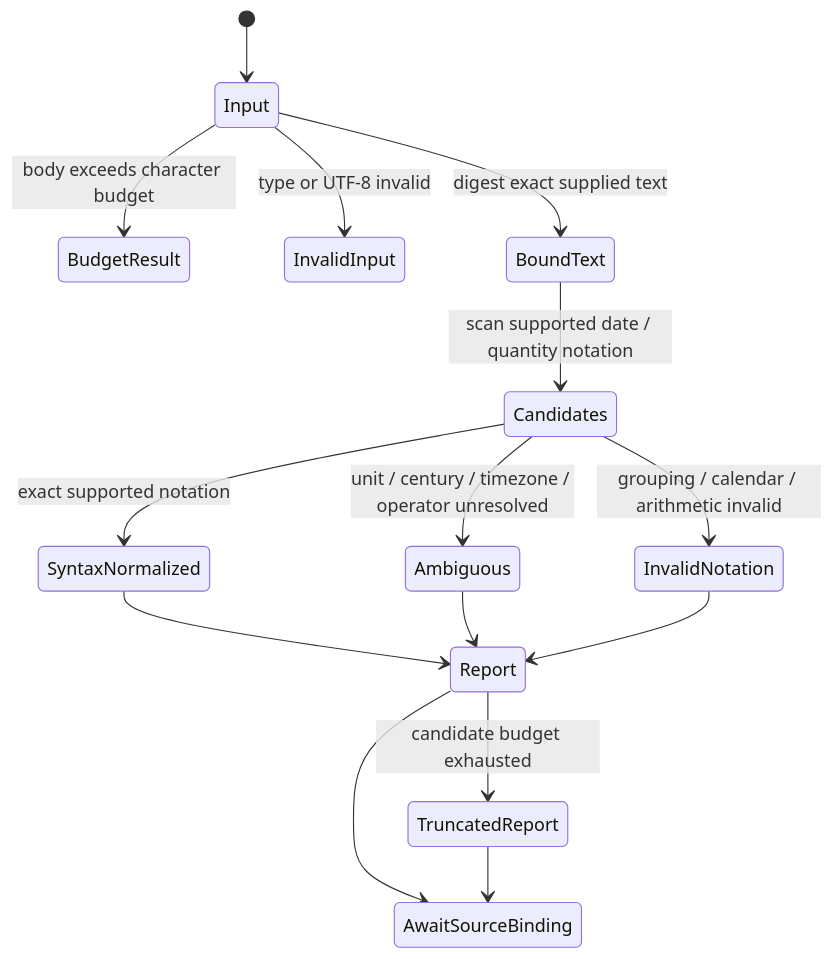
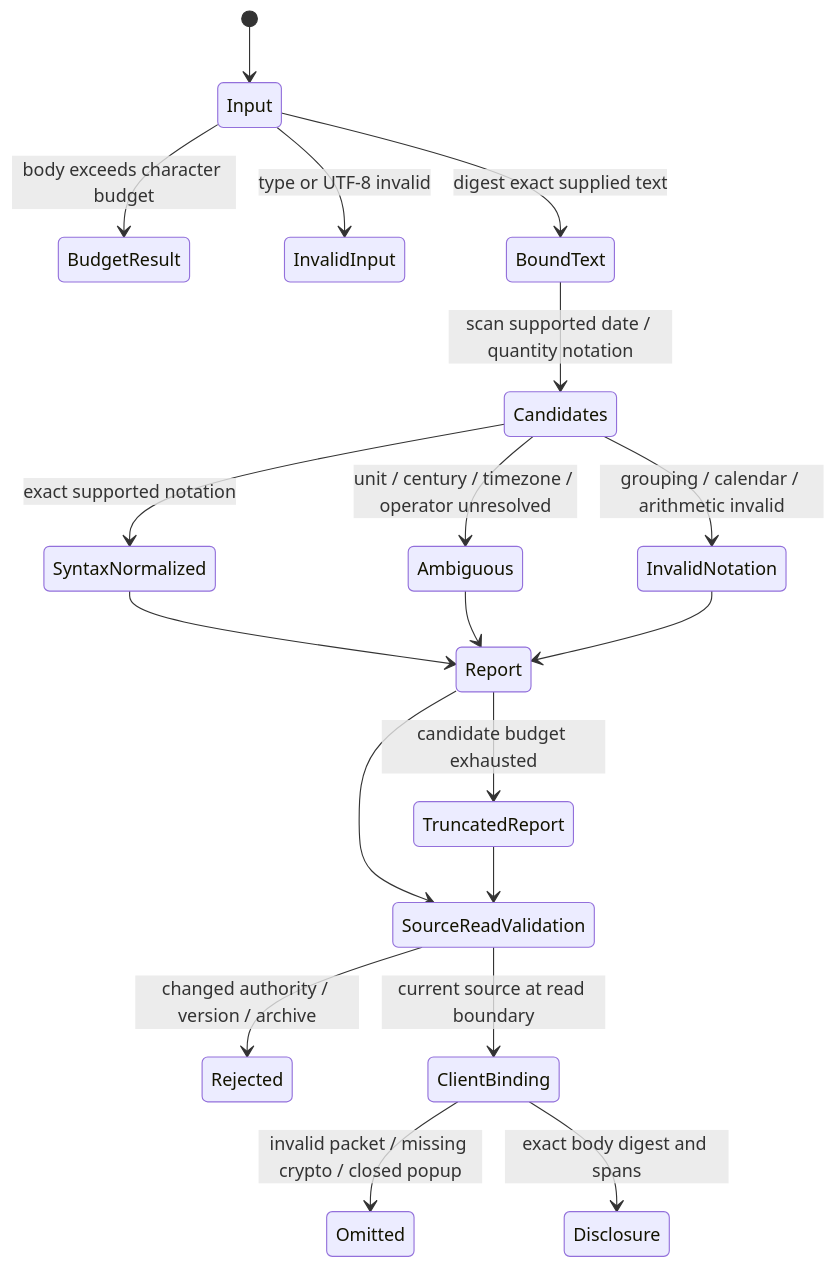
One commit to twoimo/alden changed the diagram in docs/evaluation/body-normalization-20261024.md. Above: the diagram before and after it, drawn with Mermaid. The commit also changed other lines of this file and 13 other files, not shown here.

Commit message:
feat(knowledge): bind body notation to verified source details

````diff
--- a/docs/evaluation/body-normalization-20261024.md
+++ b/docs/evaluation/body-normalization-20261024.md
@@ -35,17 +48,21 @@
 ```mermaid
 stateDiagram-v2
     [*] --> Input
     Input --> BudgetResult: body exceeds character budget
     Input --> InvalidInput: type or UTF-8 invalid
     Input --> BoundText: digest exact supplied text
     BoundText --> Candidates: scan supported date / quantity notation
     Candidates --> SyntaxNormalized: exact supported notation
     Candidates --> Ambiguous: unit / century / timezone / operator unresolved
     Candidates --> InvalidNotation: grouping / calendar / arithmetic invalid
     SyntaxNormalized --> Report
     Ambiguous --> Report
     InvalidNotation --> Report
     Report --> TruncatedReport: candidate budget exhausted
-    Report --> AwaitSourceBinding
-    TruncatedReport --> AwaitSourceBinding
+    Report --> SourceReadValidation
+    TruncatedReport --> SourceReadValidation
+    SourceReadValidation --> Rejected: changed authority / version / archive
+    SourceReadValidation --> ClientBinding: current source at read boundary
+    ClientBinding --> Omitted: invalid packet / missing crypto / closed popup
+    ClientBinding --> Disclosure: exact body digest and spans
 ```
````
